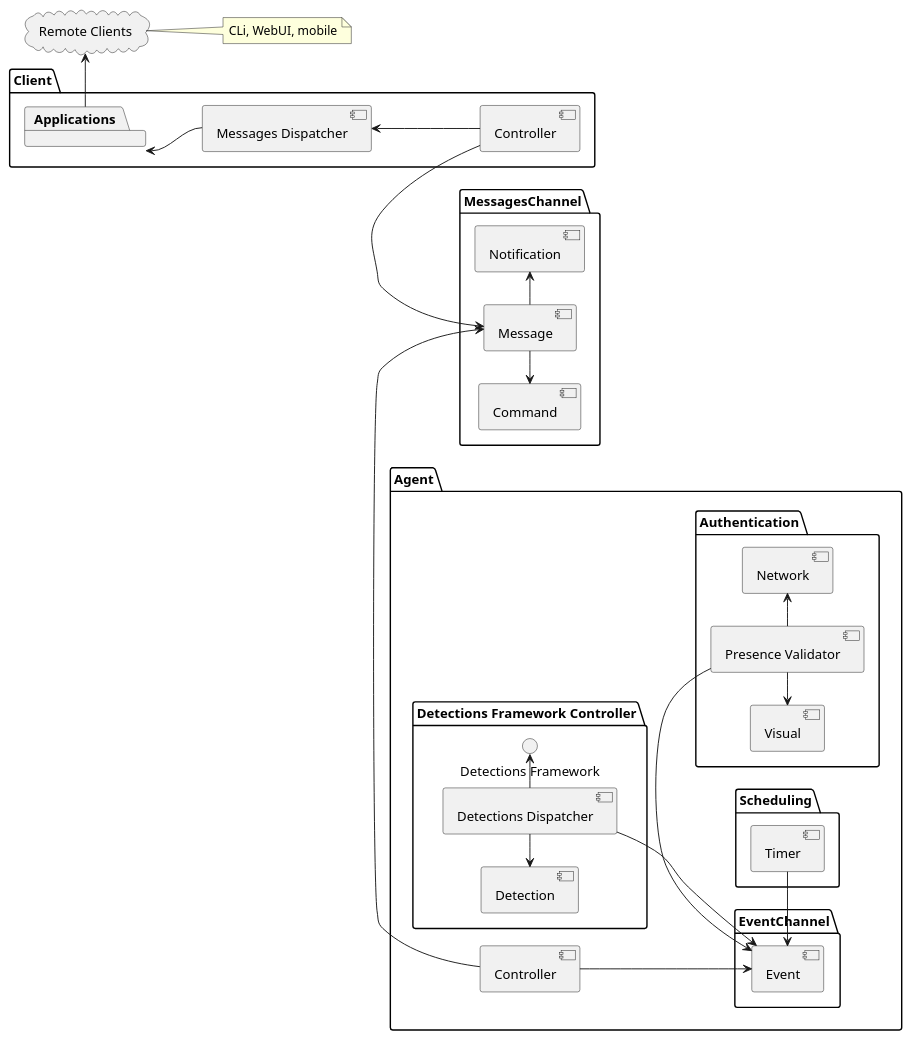
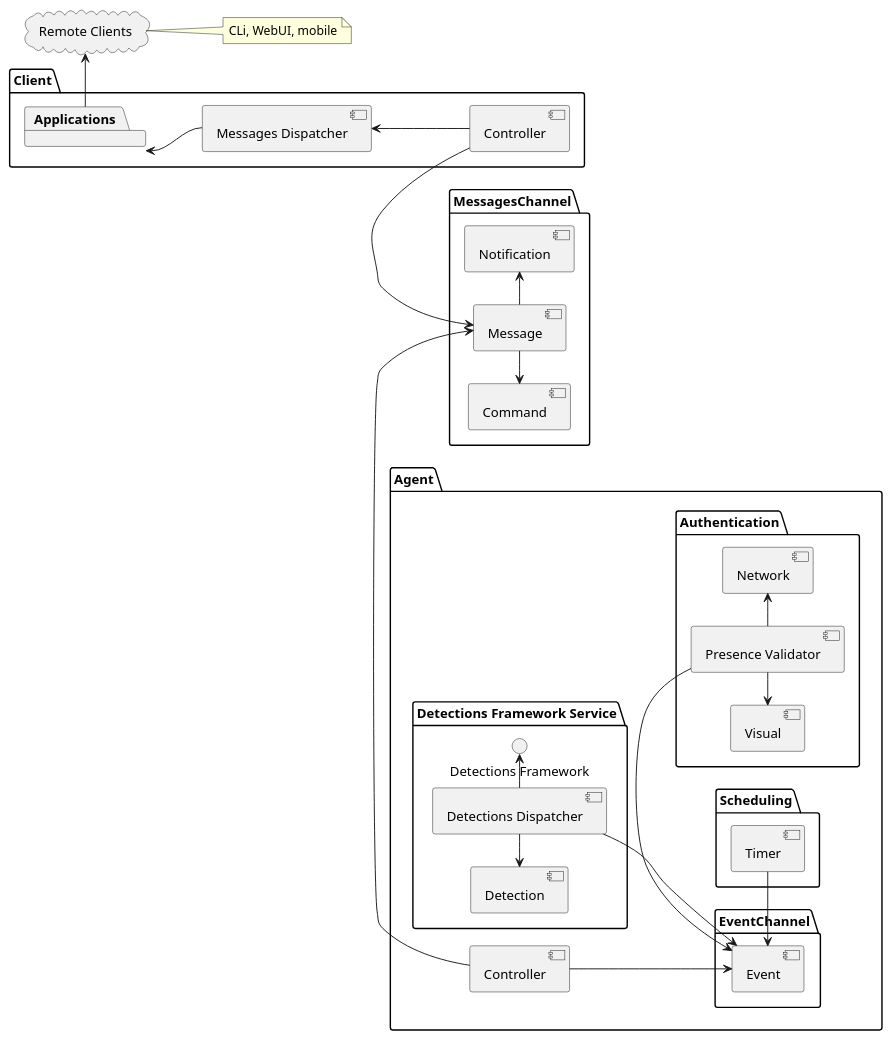
The diagram in docs/components.puml (saratoga8/motion_notifier), drawn with PlantUML before and after one commit. The commit also changed 2 other files, not shown here.

```diff
--- a/docs/components.puml
+++ b/docs/components.puml
@@ -1,60 +1,60 @@
 @startuml
 'https://plantuml.com/component-diagram
 
 left to right direction
 
 package "Agent" {
     [Controller] as Agent_Controller
     package "Authentication" {
       [Presence Validator]
       [Network]
       [Visual]
     }
 
-    package "Detections Framework Controller" {
+    package "Detections Framework Service" {
       () "Detections Framework" as DF
       [Detections Dispatcher] -> DF
       [Detection] <- [Detections Dispatcher]
     }
 
 
     package EventChannel {
       Agent_Controller --> [Event]
       [Presence Validator] -> [Event]
       [Detections Dispatcher] --> [Event]
     }
 
     package "Scheduling" {
       [Timer] -> [Event]
     }
 
 }
 
 package "Client" {
     [Controller] as Client_Controller
     [Messages Dispatcher] <-- Client_Controller
 
     package [Applications] {
     }
 }
 
 package MessagesChannel {
     [Command] <- [Message]
     [Message]
     [Message] -> [Notification]
 }
 
 
 cloud "Remote Clients" {
 }
 
 [Applications] <-- [Messages Dispatcher]
 [Applications] -> "Remote Clients"
 Client_Controller -> [Message]
 Agent_Controller -> [Message]
 
 [Presence Validator] -> [Network]
 [Visual] <- [Presence Validator]
 
 note right of "Remote Clients": CLi, WebUI, mobile
 @enduml
```
